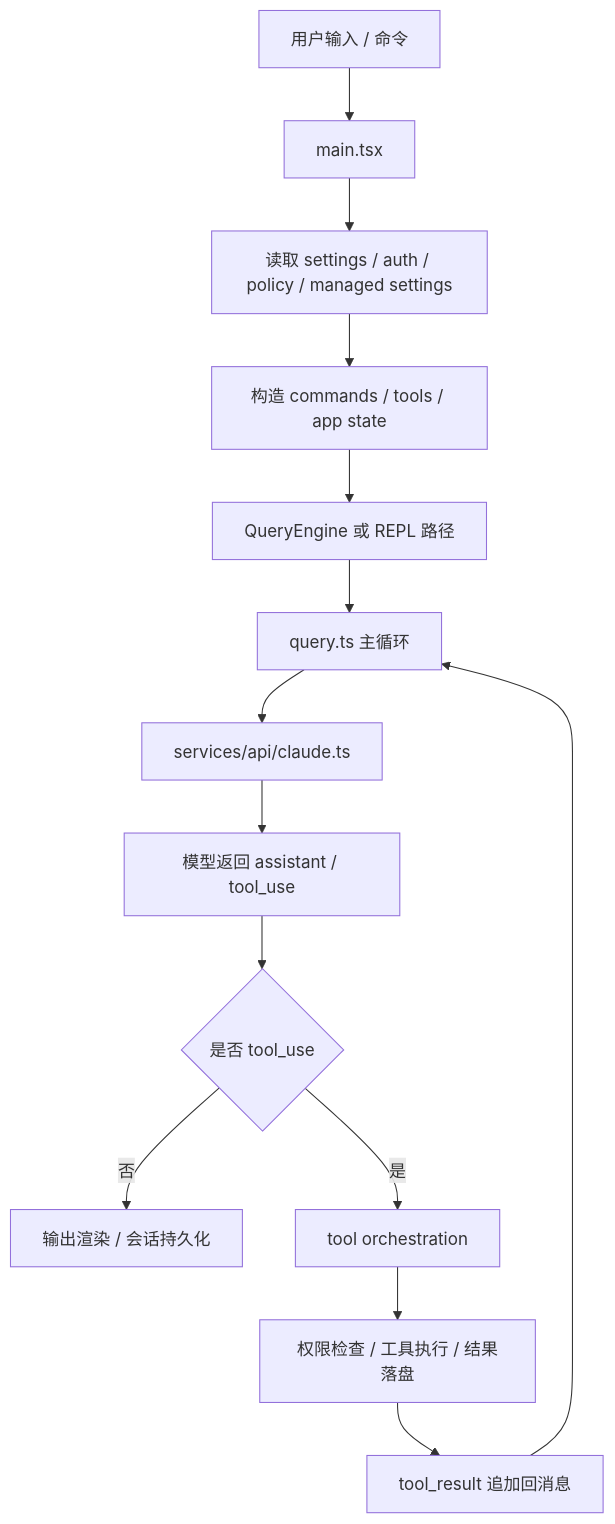
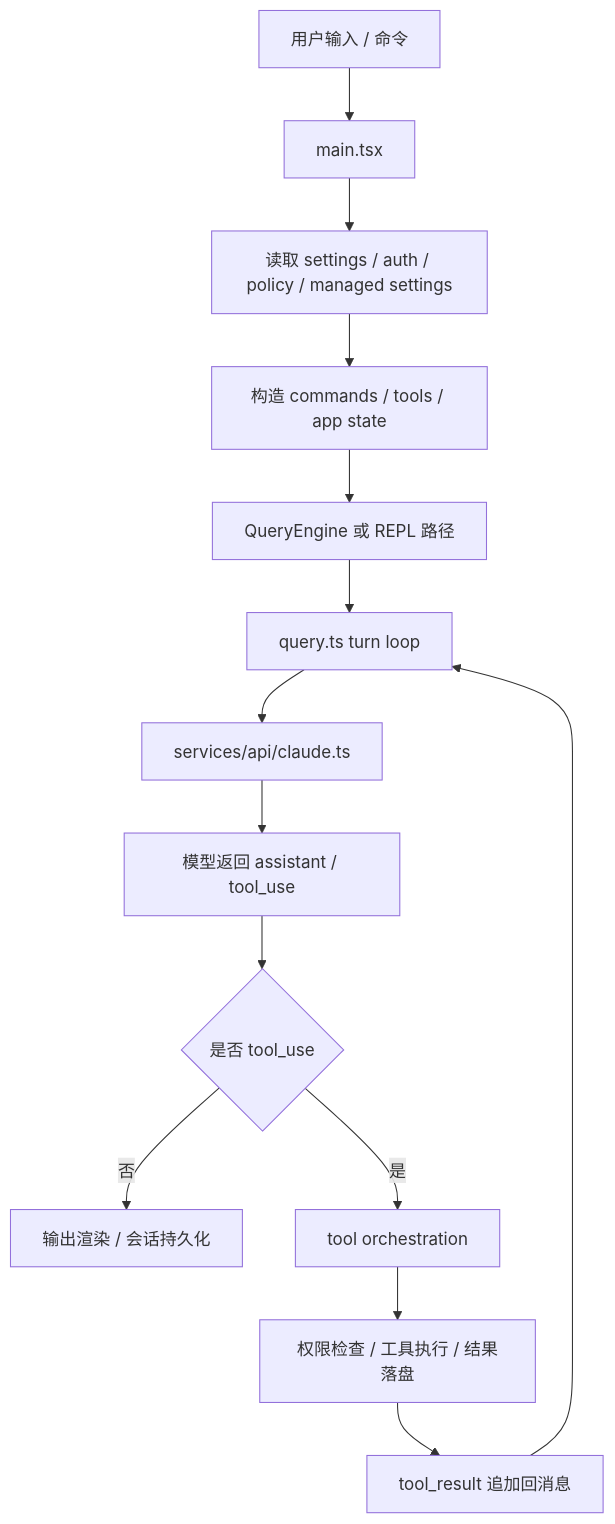
Before and after one commit to boboliu-1010/ccode: the second of 9 diagrams in docs/code-walkthrough-zh.md, drawn with Mermaid. The commit also changed other lines of this file, not shown here.

Commit message:
Refine walkthrough structure and compact diagrams

````diff
--- a/docs/code-walkthrough-zh.md
+++ b/docs/code-walkthrough-zh.md
@@ -35,16 +51,16 @@
 ```mermaid
 flowchart TD
     A["用户输入 / 命令"] --> B["main.tsx"]
     B --> C["读取 settings / auth / policy / managed settings"]
     C --> D["构造 commands / tools / app state"]
     D --> E["QueryEngine 或 REPL 路径"]
-    E --> F["query.ts 主循环"]
+    E --> F["query.ts turn loop"]
     F --> G["services/api/claude.ts"]
     G --> H["模型返回 assistant / tool_use"]
     H --> I{"是否 tool_use"}
     I -- 否 --> J["输出渲染 / 会话持久化"]
     I -- 是 --> K["tool orchestration"]
     K --> L["权限检查 / 工具执行 / 结果落盘"]
     L --> M["tool_result 追加回消息"]
     M --> F
 ```
````
